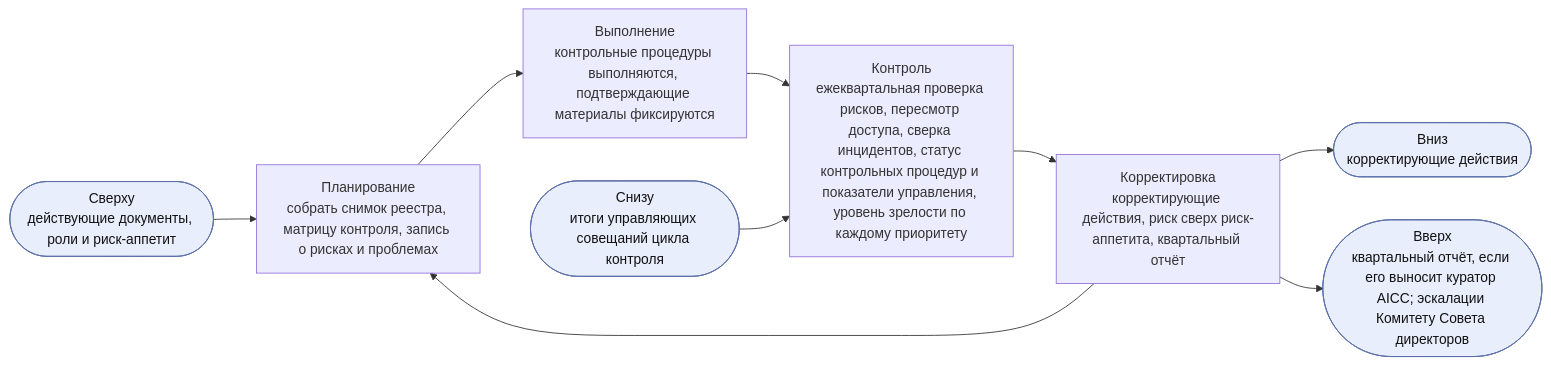
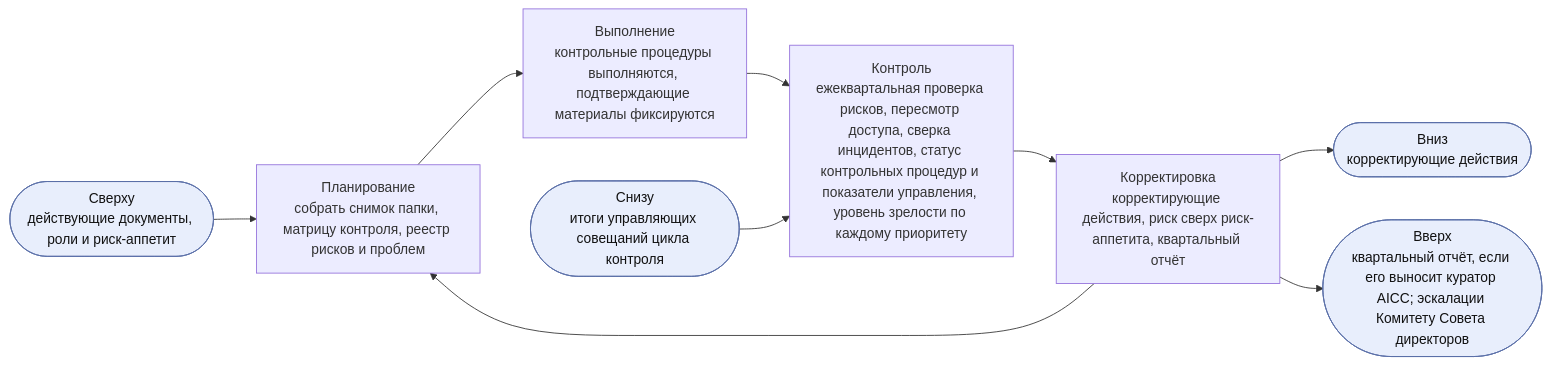
The third of 8 diagrams in charter/ru/documents/operating-model.md (devhogu/ob-aicc), drawn with Mermaid before and after one commit. The commit also changed other lines of this file and 370 other files, not shown here.

````diff
--- a/charter/ru/documents/operating-model.md
+++ b/charter/ru/documents/operating-model.md
@@ -189,9 +189,9 @@
 ```mermaid
 flowchart LR
   IN(["Сверху<br/>действующие документы, роли и риск-аппетит"]):::iface --> P
-  P["Планирование<br/>собрать снимок реестра, матрицу контроля, запись о рисках и проблемах"] --> D["Выполнение<br/>контрольные процедуры выполняются, подтверждающие материалы фиксируются"] --> C["Контроль<br/>ежеквартальная проверка рисков, пересмотр доступа, сверка инцидентов, статус контрольных процедур и показатели управления, уровень зрелости по каждому приоритету"] --> A["Корректировка<br/>корректирующие действия, риск сверх риск-аппетита, квартальный отчёт"] --> P
+  P["Планирование<br/>собрать снимок папки, матрицу контроля, реестр рисков и проблем"] --> D["Выполнение<br/>контрольные процедуры выполняются, подтверждающие материалы фиксируются"] --> C["Контроль<br/>ежеквартальная проверка рисков, пересмотр доступа, сверка инцидентов, статус контрольных процедур и показатели управления, уровень зрелости по каждому приоритету"] --> A["Корректировка<br/>корректирующие действия, риск сверх риск-аппетита, квартальный отчёт"] --> P
   EV(["Снизу<br/>итоги управляющих совещаний цикла контроля"]):::iface --> C
   A --> OUT(["Вниз<br/>корректирующие действия"]):::iface
   A --> UP(["Вверх<br/>квартальный отчёт, если его выносит куратор AICC; эскалации Комитету Совета директоров"]):::iface
   classDef iface fill:#e8eefc,stroke:#5a6fa8,color:#111
 ```
````
